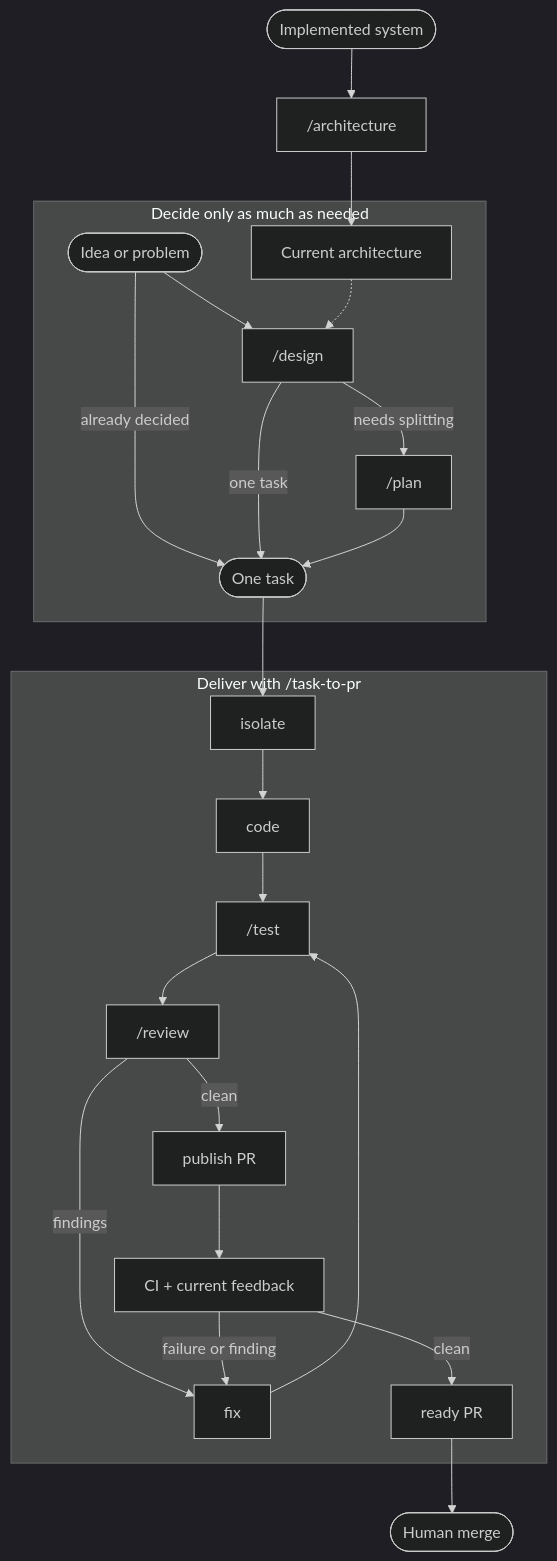
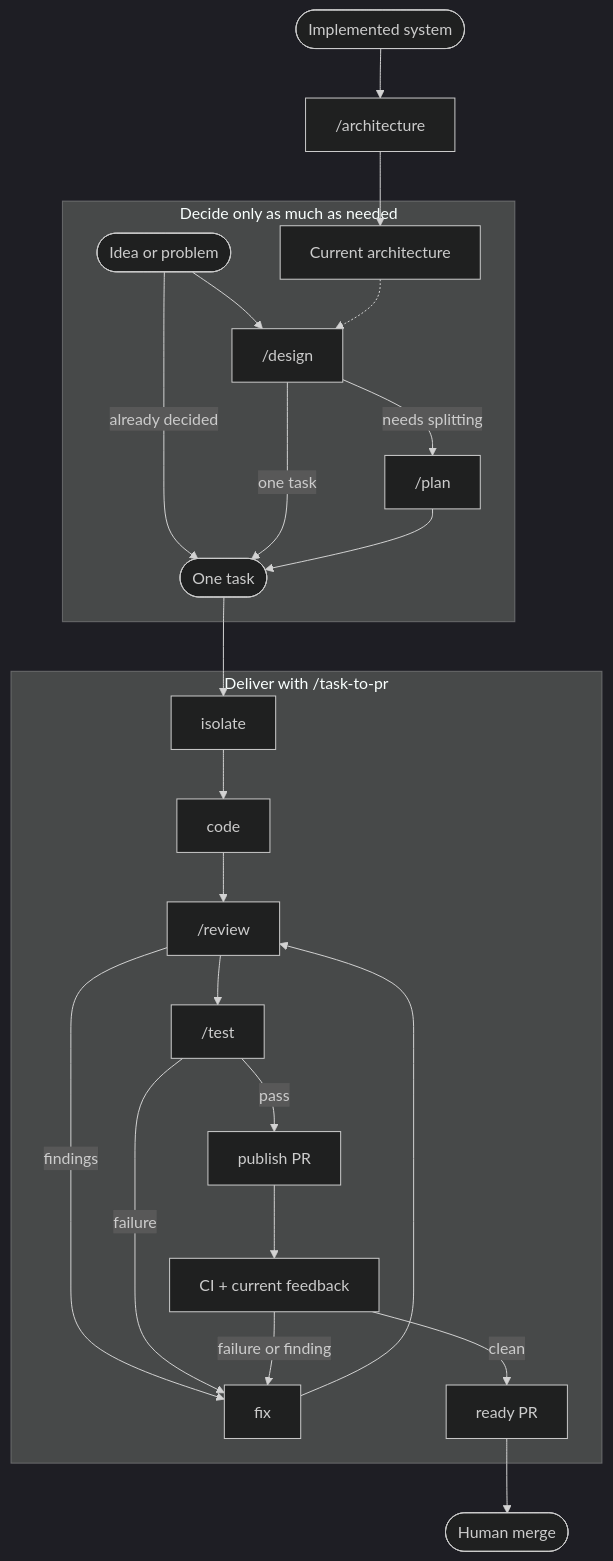
One commit to owainlewis/blueprint changed the diagram in README.md. Above: the diagram before and after it, drawn with Mermaid (dark theme). The commit also changed other lines of this file and 1 other file, not shown here.

Commit message:
docs: simplify task-to-pr workflow

````diff
--- a/README.md
+++ b/README.md
@@ -30,23 +30,24 @@
 ```mermaid
 flowchart TB
     Existing([Implemented system]) --> Architecture["/architecture"]
     Architecture --> Current["Current architecture"]
 
     subgraph Decide["Decide only as much as needed"]
         Idea([Idea or problem]) --> Design["/design"]
         Idea -->|already decided| Task([One task])
         Current -.-> Design
         Design -->|one task| Task
         Design -->|needs splitting| Plan["/plan"] --> Task
     end
 
     subgraph Deliver["Deliver with /task-to-pr"]
-        Task --> Isolate["isolate"] --> Code["code"] --> Test["/test"] --> Review["/review"]
-        Review -->|findings| Fix["fix"] --> Test
-        Review -->|clean| Publish["publish PR"] --> Validate["CI + current feedback"]
+        Task --> Isolate["isolate"] --> Code["code"] --> Review["/review"] --> Test["/test"]
+        Review -->|findings| Fix["fix"] --> Review
+        Test -->|failure| Fix
+        Test -->|pass| Publish["publish PR"] --> Validate["CI + current feedback"]
         Validate -->|failure or finding| Fix
         Validate -->|clean| PR["ready PR"]
     end
 
     PR --> Merge([Human merge])
 ```
````
